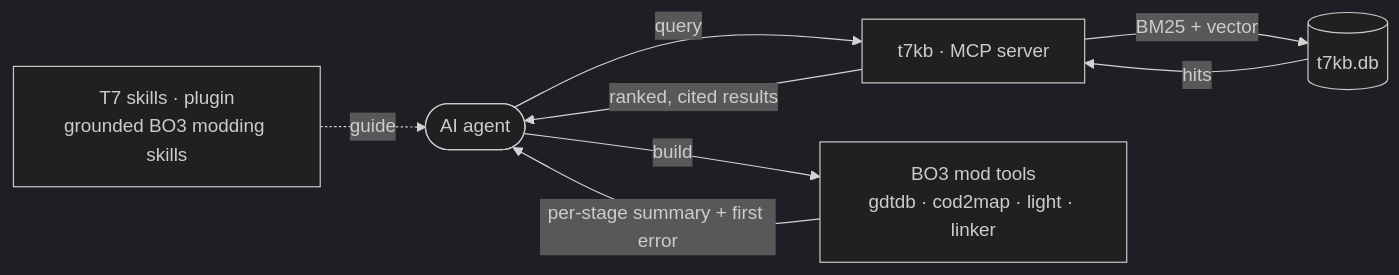
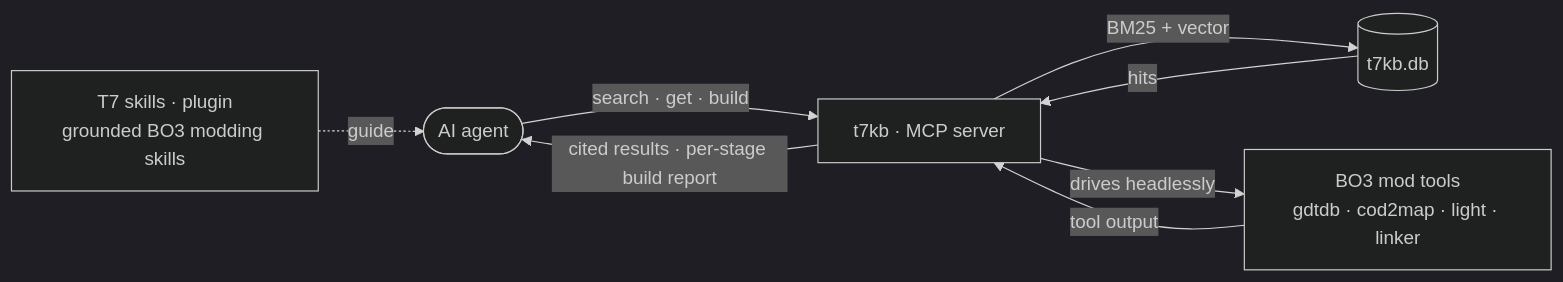
Before and after one commit to McReaper/t7_companion: the diagram in README.md, drawn with Mermaid (dark theme).

Commit message:
docs(readme): route the build arrow through the MCP server
The diagram drew the agent calling the mod tools directly; it calls the
t7kb build tool, which drives the binaries and reports back.

````diff
--- a/README.md
+++ b/README.md
@@ -10,10 +10,10 @@
 ```mermaid
 flowchart LR
     S["T7 skills · plugin<br/>grounded BO3 modding skills"] -. guide .-> A
-    A([AI agent]) -- query --> B["t7kb · MCP server"]
+    A([AI agent]) -- "search · get · build" --> B["t7kb · MCP server"]
     B -- "BM25 + vector" --> C[("t7kb.db")]
     C -- hits --> B
-    B -- "ranked, cited results" --> A
-    A -- "build" --> T["BO3 mod tools<br/>gdtdb · cod2map · light · linker"]
-    T -- "per-stage summary + first error" --> A
+    B -- "drives headlessly" --> T["BO3 mod tools<br/>gdtdb · cod2map · light · linker"]
+    T -- "tool output" --> B
+    B -- "cited results · per-stage build report" --> A
 ```
````
